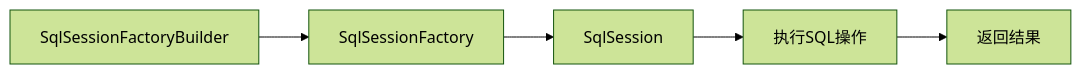
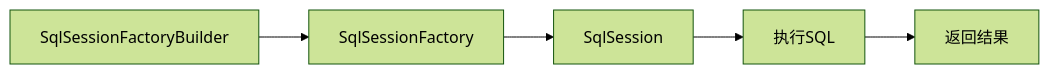
One commit to ansin-lin/LearnDocument changed the diagram in docs/mybatis/03_mybatis_core_classes.md. Above: the diagram before and after it, drawn with Mermaid (forest theme). The commit also changed other lines of this file and 2 other files, not shown here.

````diff
--- a/docs/mybatis/03_mybatis_core_classes.md
+++ b/docs/mybatis/03_mybatis_core_classes.md
@@ -118,7 +174,7 @@
-```mermaid
+``` mermaid
 graph LR
 A[SqlSessionFactoryBuilder] --> B[SqlSessionFactory]
 B --> C[SqlSession]
-C --> D[执行SQL操作]
+C --> D[执行SQL]
 D --> E[返回结果]
 ```
````
